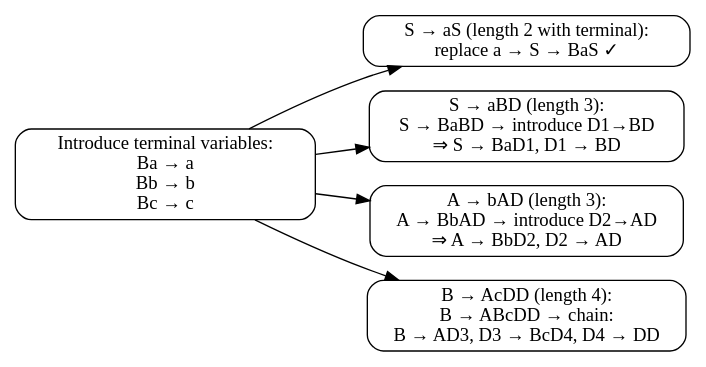
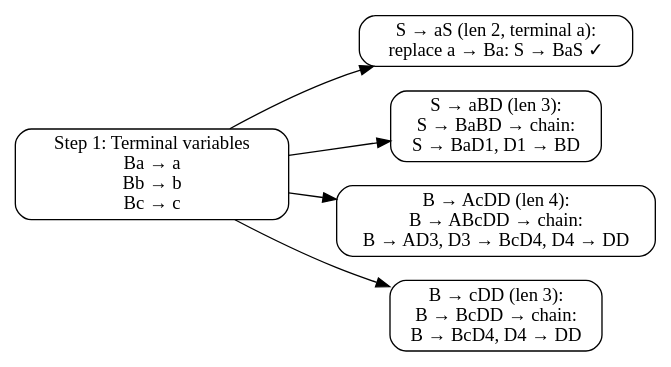
Diagram 34 of 36 in Theoratical/TCS_CHEATSHEET_FINAL.md (w4se05/4lovelyyear), drawn with Graphviz before and after one commit. The commit also changed other lines of this file and 16 other files, not shown here.

````diff
--- a/Theoratical/TCS_CHEATSHEET_FINAL.md
+++ b/Theoratical/TCS_CHEATSHEET_FINAL.md
@@ -1167,15 +1058,15 @@
 ```dot
 digraph G {
     rankdir=LR;
     node [shape=box, style=rounded];
-    TERM [label="Introduce terminal variables:\nBa → a\nBb → b\nBc → c"];
-    EX1 [label="S → aS (length 2 with terminal):\nreplace a → S → BaS ✓"];
-    EX2 [label="S → aBD (length 3):\nS → BaBD → introduce D1→BD\n⇒ S → BaD1, D1 → BD"];
-    EX3 [label="A → bAD (length 3):\nA → BbAD → introduce D2→AD\n⇒ A → BbD2, D2 → AD"];
-    EX4 [label="B → AcDD (length 4):\nB → ABcDD → chain:\nB → AD3, D3 → BcD4, D4 → DD"];
+    TERM [label="Step 1: Terminal variables\nBa → a\nBb → b\nBc → c"];
+    EX1 [label="S → aS (len 2, terminal a):\nreplace a → Ba: S → BaS ✓"];
+    EX2 [label="S → aBD (len 3):\nS → BaBD → chain:\nS → BaD1, D1 → BD"];
+    EX3 [label="B → AcDD (len 4):\nB → ABcDD → chain:\nB → AD3, D3 → BcD4, D4 → DD"];
+    EX4 [label="B → cDD (len 3):\nB → BcDD → chain:\nB → BcD4, D4 → DD"];
     TERM -> EX1;
     TERM -> EX2;
     TERM -> EX3;
     TERM -> EX4;
 }
 ```
````
